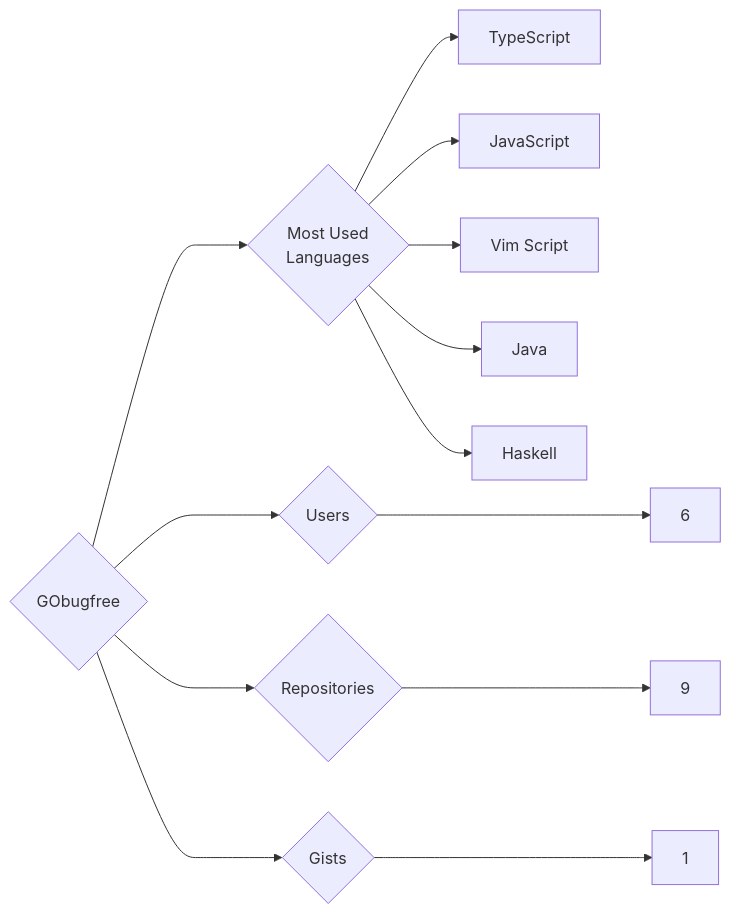
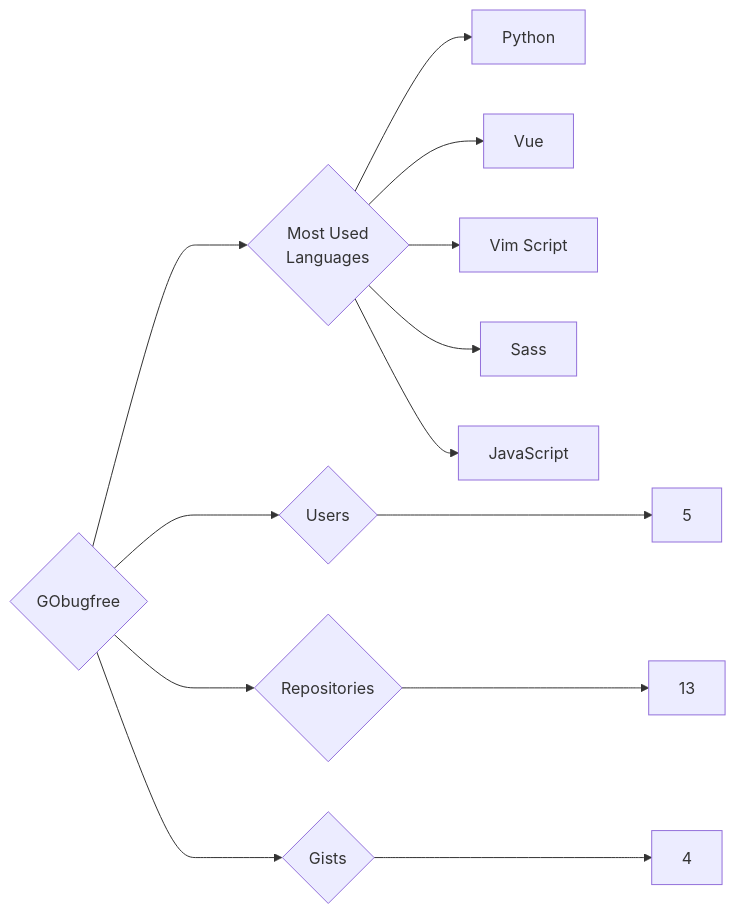
Before and after one commit to trickest/insiders: the diagram in targets/GObugfree/README.md, drawn with Mermaid. The commit also changed 1212 other files, not shown here.

````diff
--- a/targets/GObugfree/README.md
+++ b/targets/GObugfree/README.md
@@ -3,13 +3,13 @@
 ```mermaid
 graph LR
 COMPANY_NAME{GObugfree}
-COMPANY_NAME ---> U{Users} ---> UN[6]
-COMPANY_NAME ---> R{Repositories} ---> RN[9]
-COMPANY_NAME ---> G{Gists} ---> GN[1]
+COMPANY_NAME ---> U{Users} ---> UN[5]
+COMPANY_NAME ---> R{Repositories} ---> RN[13]
+COMPANY_NAME ---> G{Gists} ---> GN[4]
 COMPANY_NAME ---> ML{Most Used<br>Languages}
-ML --> TypeScript[TypeScript]
+ML --> Python[Python]
+ML --> Vue[Vue]
+ML --> Vim_Script[Vim Script]
+ML --> Sass[Sass]
 ML --> JavaScript[JavaScript]
-ML --> Vim_Script[Vim Script]
-ML --> Java[Java]
-ML --> Haskell[Haskell]
 ```
````
